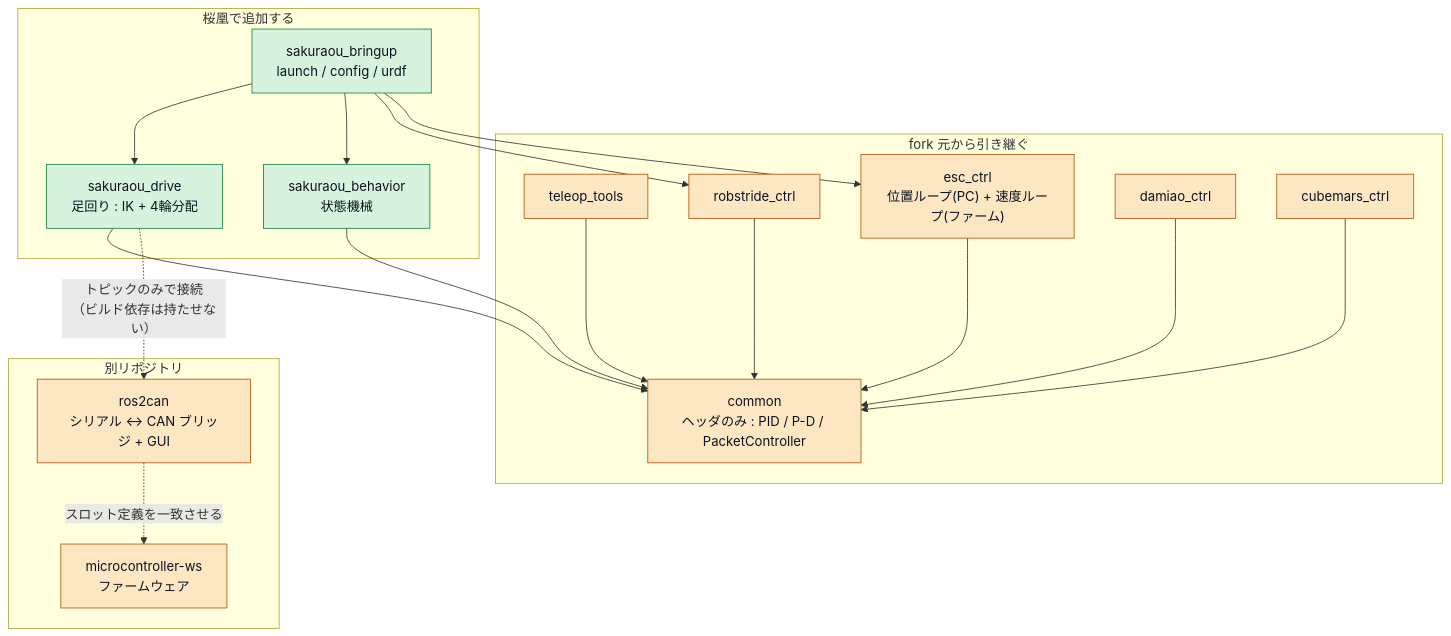
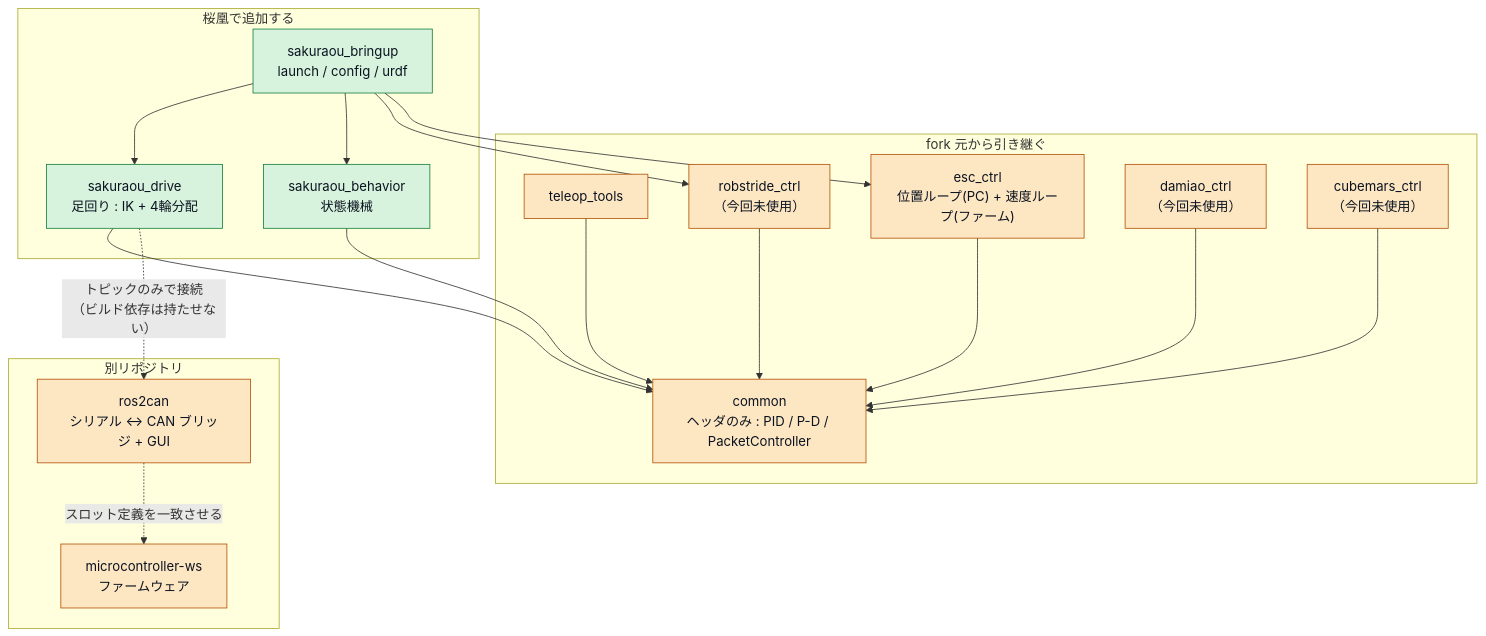
The fourth of 7 diagrams in Docs/program_structure.md (RRST-NHK-Project/Harurobo27-Sakuraou), drawn with Mermaid before and after one commit. The commit also changed other lines of this file, not shown here.

Commit message:
構造図を3ホスト構成に更新

````diff
--- a/Docs/program_structure.md
+++ b/Docs/program_structure.md
@@ -163,44 +544,44 @@
 ```mermaid
 flowchart TD
   subgraph forked["fork 元から引き継ぐ"]
     common["common<br/>ヘッダのみ : PID / P-D / PacketController"]
     teleop_tools["teleop_tools"]
     esc["esc_ctrl<br/>位置ループ(PC) + 速度ループ(ファーム)"]
-    rob["robstride_ctrl"]
-    dam["damiao_ctrl"]
-    cub["cubemars_ctrl"]
+    rob["robstride_ctrl<br/>（今回未使用）"]
+    dam["damiao_ctrl<br/>（今回未使用）"]
+    cub["cubemars_ctrl<br/>（今回未使用）"]
   end
 
   subgraph newpkg["桜凰で追加する"]
     bringup["sakuraou_bringup<br/>launch / config / urdf"]
     drivepkg["sakuraou_drive<br/>足回り : IK + 4輪分配"]
     behavior["sakuraou_behavior<br/>状態機械"]
   end
 
   subgraph ext["別リポジトリ"]
     r2c["ros2can<br/>シリアル ↔ CAN ブリッジ + GUI"]
     mcuws["microcontroller-ws<br/>ファームウェア"]
   end
 
   esc --> common
   rob --> common
   dam --> common
   cub --> common
   teleop_tools --> common
   drivepkg --> common
   behavior --> common
   bringup --> drivepkg
   bringup --> behavior
   bringup --> rob
   bringup --> esc
   drivepkg -. "トピックのみで接続<br/>（ビルド依存は持たせない）" .-> r2c
   r2c -. "スロット定義を一致させる" .-> mcuws
 
   %% ===== 色分け: 青=ROS 2 固定 / 橙=fork 元固定 / 緑=桜凰で決める / 灰=物理 =====
   classDef ros2 fill:#dbeafe,stroke:#1d4ed8,stroke-width:1px,color:#0b1220
   classDef fork fill:#fde7c3,stroke:#b45309,stroke-width:1px,color:#0b1220
   classDef ours fill:#d7f3dd,stroke:#15803d,stroke-width:1px,color:#0b1220
   classDef hw fill:#ececf2,stroke:#52525b,stroke-width:1px,color:#0b1220
   class common,teleop_tools,esc,rob,dam,cub,r2c,mcuws fork
   class bringup,drivepkg,behavior ours
 ```
````
